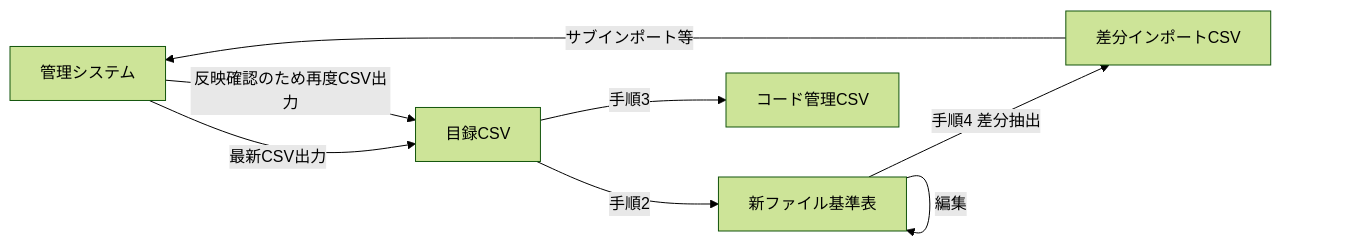
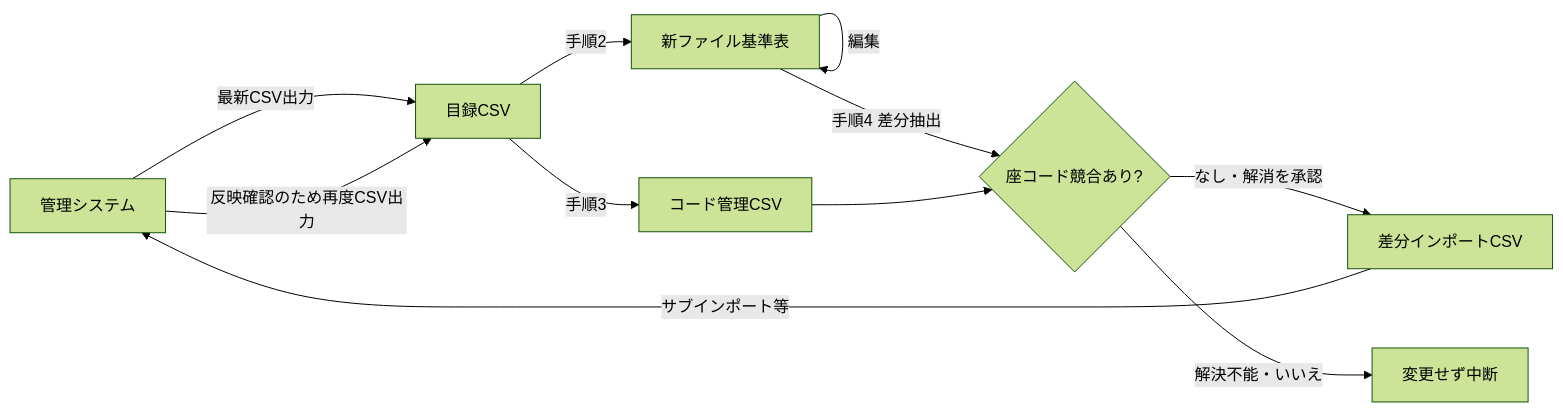
One commit to budou63/file-index-sync changed the first of 7 diagrams in 新ファイル基準表.md. Above: the diagram before and after it, drawn with Mermaid (forest theme). The commit also changed other lines of this file and 4 other files, not shown here.

```diff
--- a/新ファイル基準表.md
+++ b/新ファイル基準表.md
@@ -58,10 +58,13 @@
 ~~~mermaid
 flowchart LR
     A[管理システム] -->|最新CSV出力| B[目録CSV]
     B -->|手順2| C[新ファイル基準表]
     B -->|手順3| D[コード管理CSV]
     C -->|編集| C
-    C -->|手順4 差分抽出| E[差分インポートCSV]
+    C -->|手順4 差分抽出| F{座コード競合あり?}
+    D --> F
+    F -->|なし・解消を承認| E[差分インポートCSV]
+    F -->|解決不能・いいえ| G[変更せず中断]
     E -->|サブインポート等| A
     A -->|反映確認のため再度CSV出力| B
 ~~~
```
